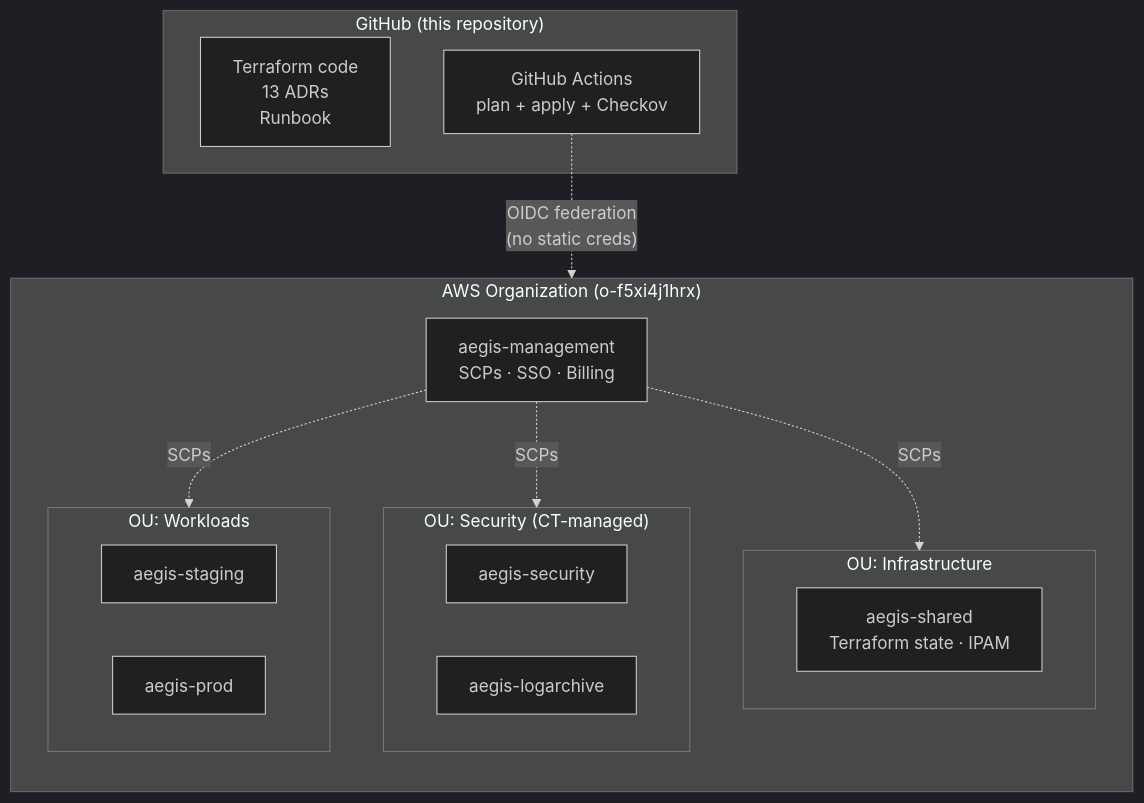
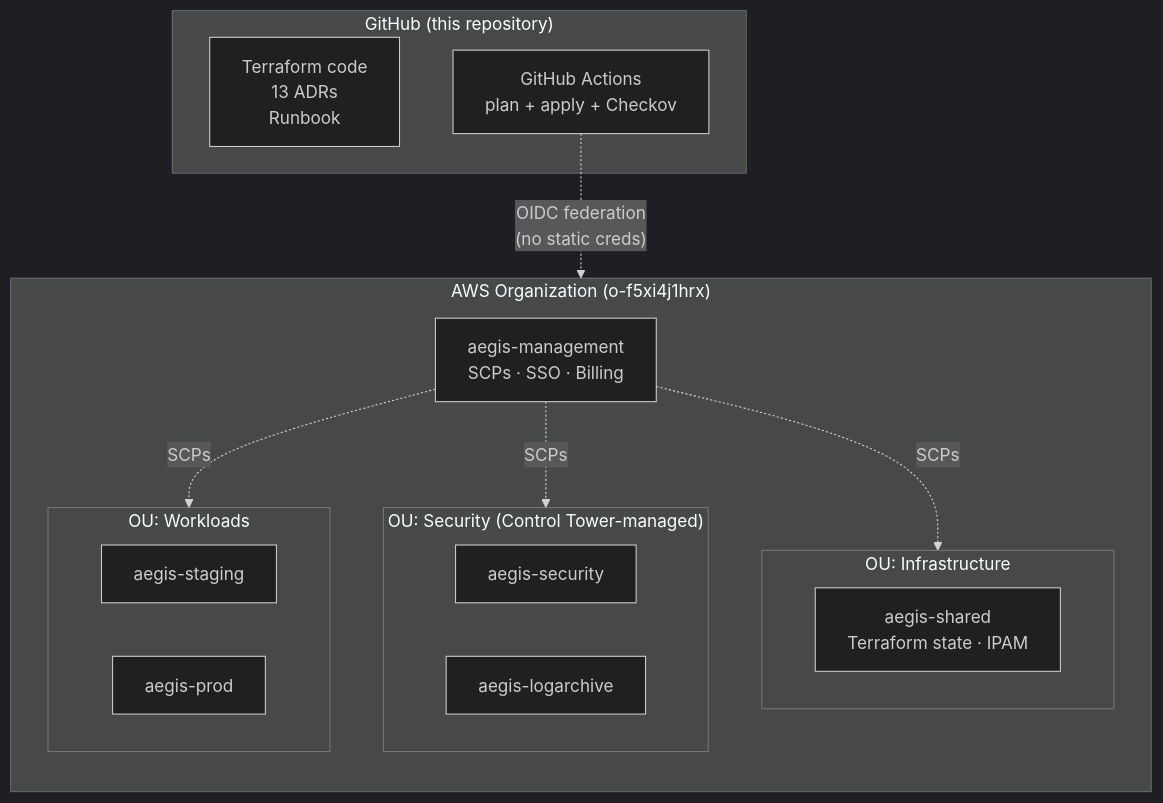
One commit to BinHsu/aegis-aws-landing-zone changed the diagram in README.md. Above: the diagram before and after it, drawn with Mermaid (dark theme). The commit also changed 3 other files, not shown here.

First line of the commit message:
docs: spell out Control Tower, never use 'CT' abbreviation unprefixed

````diff
--- a/README.md
+++ b/README.md
@@ -25,31 +25,31 @@
 ```mermaid
 flowchart TB
   subgraph GH["GitHub (this repository)"]
     Code["Terraform code<br/>13 ADRs<br/>Runbook"]
     CI["GitHub Actions<br/>plan + apply + Checkov"]
   end
 
   subgraph Org["AWS Organization (o-f5xi4j1hrx)"]
     direction TB
     Mgmt["aegis-management<br/>SCPs · SSO · Billing"]
 
-    subgraph Sec["OU: Security (CT-managed)"]
+    subgraph Sec["OU: Security (Control Tower-managed)"]
       Audit["aegis-security"]
       Log["aegis-logarchive"]
     end
 
     subgraph Inf["OU: Infrastructure"]
       Shared["aegis-shared<br/>Terraform state · IPAM"]
     end
 
     subgraph Wrk["OU: Workloads"]
       Stg["aegis-staging"]
       Prd["aegis-prod"]
     end
   end
 
   CI -. OIDC federation<br/>(no static creds) .-> Org
   Mgmt -. SCPs .-> Sec
   Mgmt -. SCPs .-> Inf
   Mgmt -. SCPs .-> Wrk
 ```
````
